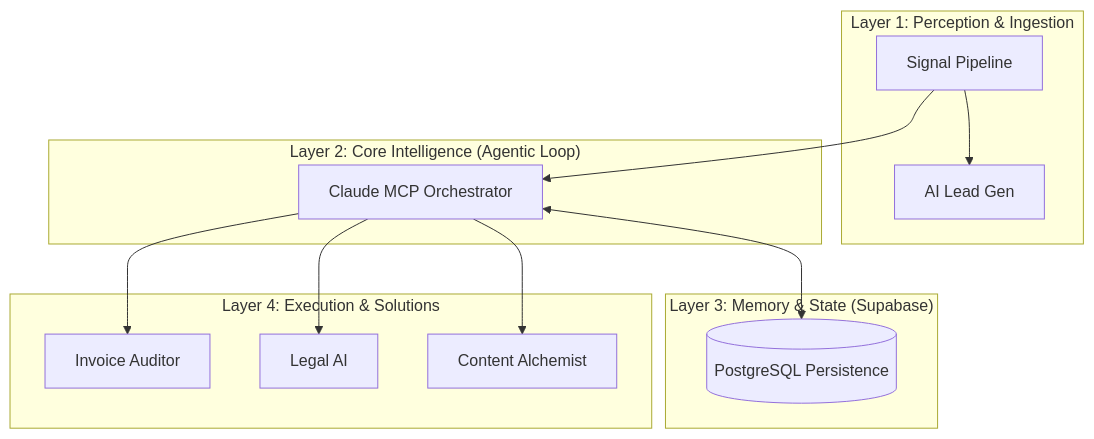
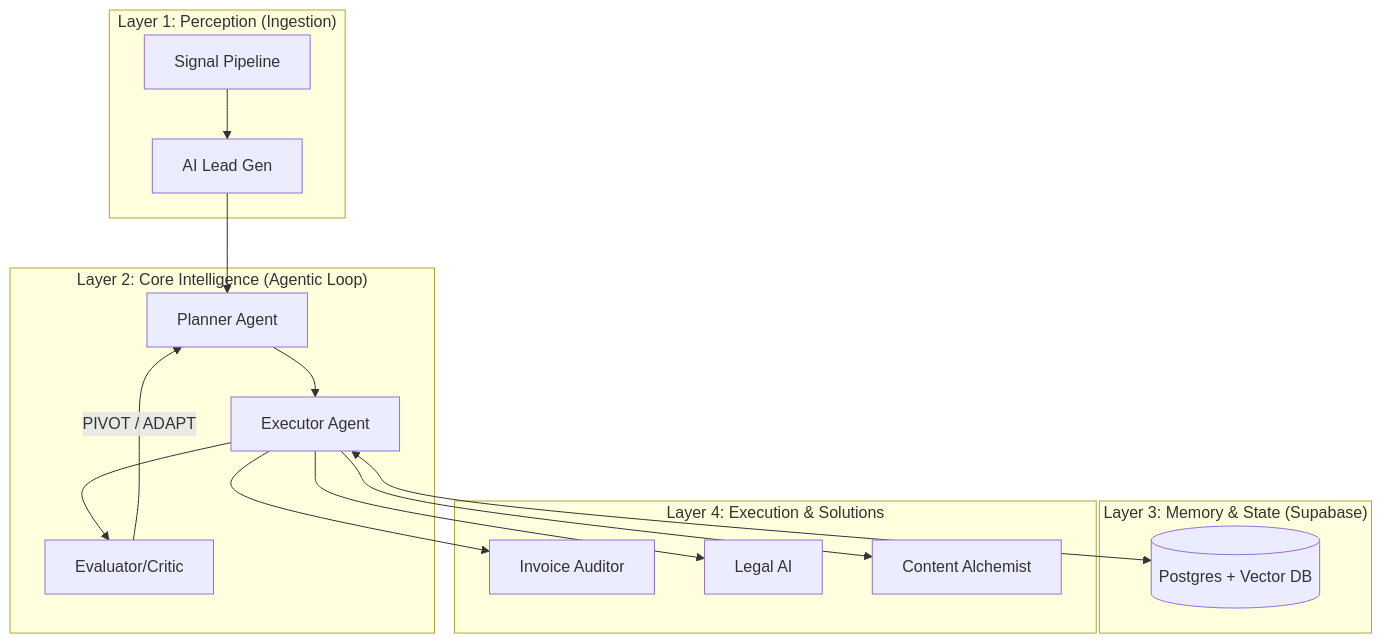
The diagram in README.md (kspandian32-sudo/Enterprise-n8n-Architectures), drawn with Mermaid before and after one commit. The commit also changed other lines of this file and 3 other files, not shown here.

Commit message:
chore: finalize elite-tier architecture with system prompts and SQL schema

````diff
--- a/README.md
+++ b/README.md
@@ -16,23 +16,25 @@
 ```mermaid
 graph TD
-    subgraph "Layer 1: Perception & Ingestion"
+    subgraph "Layer 1: Perception (Ingestion)"
         A[Signal Pipeline] --> B[AI Lead Gen]
     end
     subgraph "Layer 2: Core Intelligence (Agentic Loop)"
-        C[Claude MCP Orchestrator]
+        C[Planner Agent] --> D[Executor Agent]
+        D --> E[Evaluator/Critic]
+        E -- "PIVOT / ADAPT" --> C
     end
     subgraph "Layer 3: Memory & State (Supabase)"
-        D[(PostgreSQL Persistence)]
+        F[(Postgres + Vector DB)]
     end
     subgraph "Layer 4: Execution & Solutions"
-        E[Invoice Auditor]
-        F[Legal AI]
-        G[Content Alchemist]
+        G[Invoice Auditor]
+        H[Legal AI]
+        I[Content Alchemist]
     end
     
-    A --> C
-    C <--> D
-    C --> E
-    C --> F
-    C --> G
+    B --> C
+    D <--> F
+    D --> G
+    D --> H
+    D --> I
 ```
````
